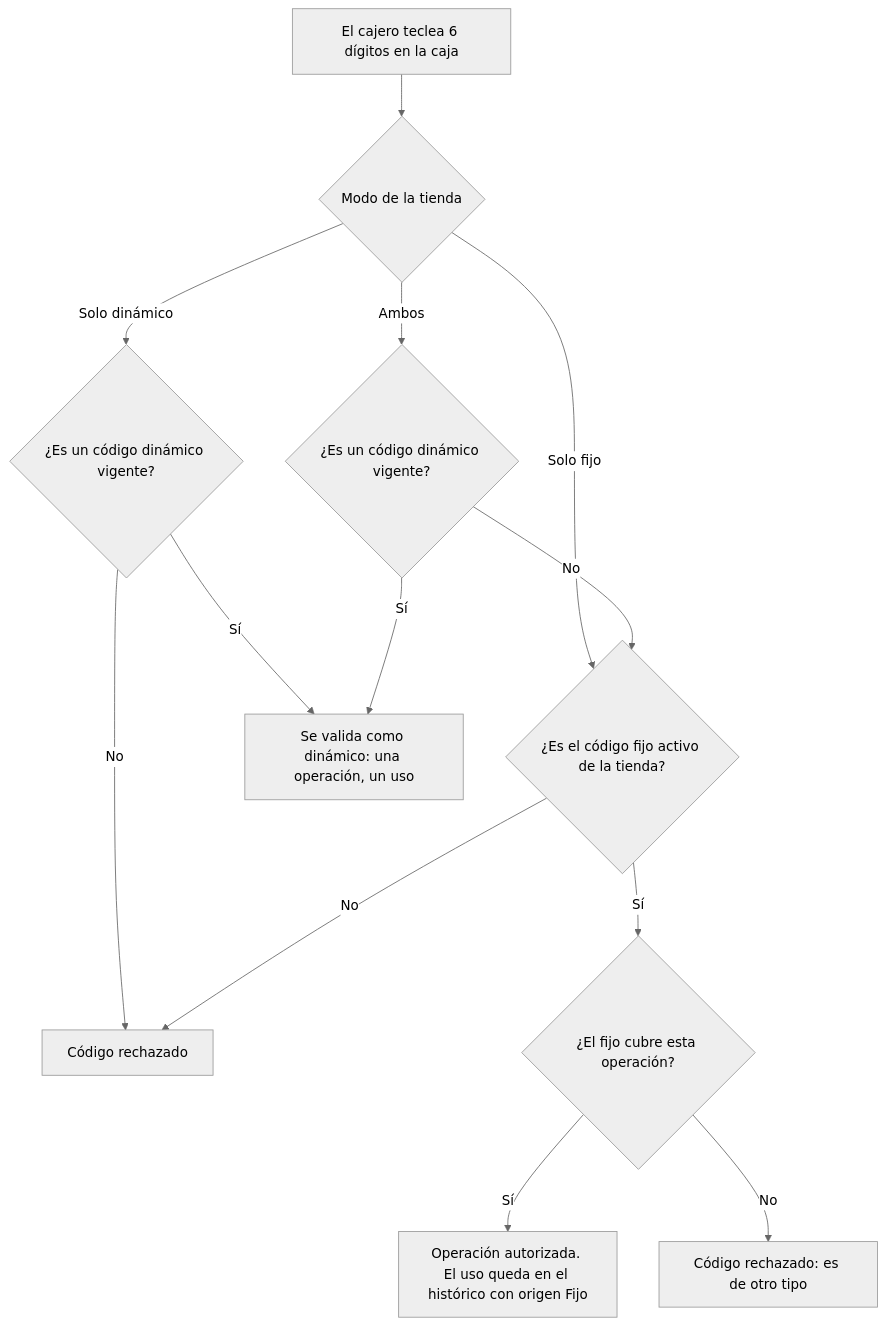
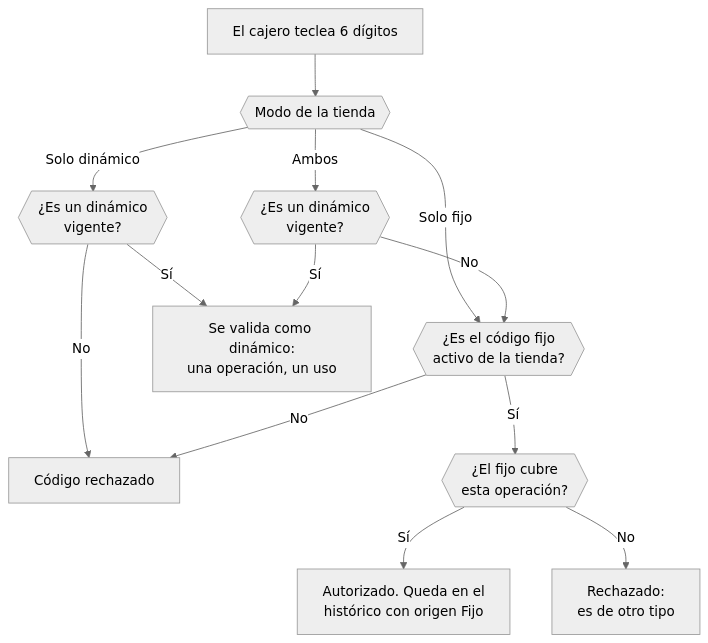
The first of 2 diagrams in es/manuals/pos/static-authorization-code.mdx (fire-rest/documentation), drawn with Mermaid (neutral theme) before and after one commit. The commit also changed other lines of this file and 2 other files, not shown here.

First line of the commit message:
docs(pos): diagramas del código fijo más compactos y legibles

````diff
--- a/es/manuals/pos/static-authorization-code.mdx
+++ b/es/manuals/pos/static-authorization-code.mdx
@@ -49,15 +49,15 @@
 ```mermaid
 flowchart TD
-    A["El cajero teclea 6 dígitos en la caja"] --> B{"Modo de la tienda"}
-    B -->|Solo dinámico| C{"¿Es un código dinámico vigente?"}
-    B -->|Ambos| D{"¿Es un código dinámico vigente?"}
-    B -->|Solo fijo| E{"¿Es el código fijo activo de la tienda?"}
-    C -->|Sí| F["Se valida como dinámico: una operación, un uso"]
+    A["El cajero teclea 6 dígitos"] --> B{{"Modo de la tienda"}}
+    B -->|Solo dinámico| C{{"¿Es un dinámico<br/>vigente?"}}
+    B -->|Ambos| D{{"¿Es un dinámico<br/>vigente?"}}
+    B -->|Solo fijo| E{{"¿Es el código fijo<br/>activo de la tienda?"}}
+    C -->|Sí| F["Se valida como dinámico:<br/>una operación, un uso"]
     C -->|No| X["Código rechazado"]
     D -->|Sí| F
     D -->|No| E
     E -->|No| X
-    E -->|Sí| G{"¿El fijo cubre esta operación?"}
-    G -->|Sí| H["Operación autorizada. El uso queda en el histórico con origen Fijo"]
-    G -->|No| Y["Código rechazado: es de otro tipo"]
+    E -->|Sí| G{{"¿El fijo cubre<br/>esta operación?"}}
+    G -->|Sí| H["Autorizado. Queda en el<br/>histórico con origen Fijo"]
+    G -->|No| Y["Rechazado:<br/>es de otro tipo"]
 ```
````
